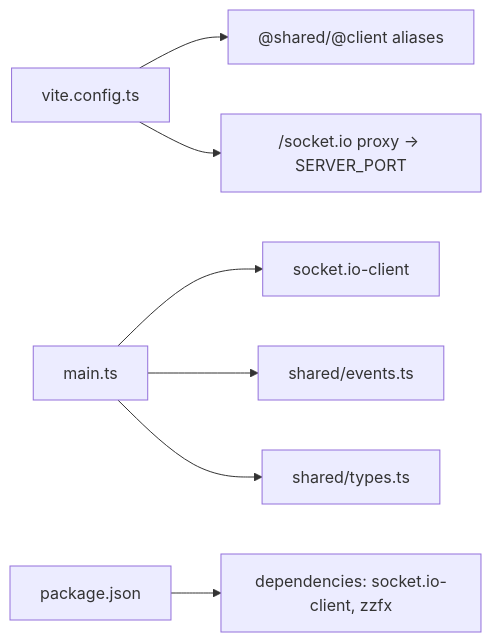
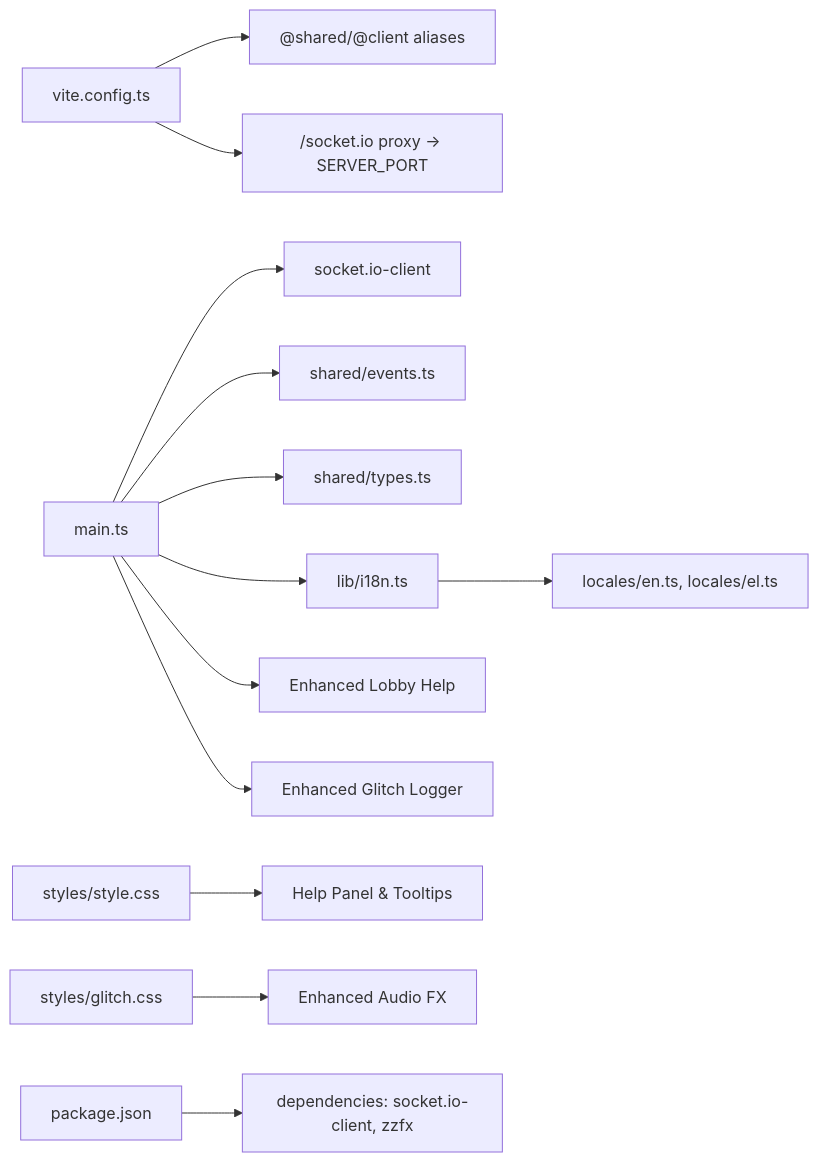
Before and after one commit to dkoukoul/escape-room-mvp: diagram 21 of 21 in .qoder/repowiki/en/content/Client Application/Client Application.md, drawn with Mermaid. The commit also changed other lines of this file and 21 other files, not shown here.

````diff
--- a/.qoder/repowiki/en/content/Client Application/Client Application.md
+++ b/.qoder/repowiki/en/content/Client Application/Client Application.md
@@ -413,9 +863,15 @@
 ```mermaid
 graph LR
 Vite["vite.config.ts"] --> Alias["@shared/@client aliases"]
 Vite --> Proxy["/socket.io proxy -> SERVER_PORT"]
 MainTS["main.ts"] --> SocketIO["socket.io-client"]
 MainTS --> SharedEvents["shared/events.ts"]
 MainTS --> SharedTypes["shared/types.ts"]
+MainTS --> I18nService["lib/i18n.ts"]
+MainTS --> HelpSystem["Enhanced Lobby Help"]
+MainTS --> GlitchLogger["Enhanced Glitch Logger"]
+I18nService --> Locales["locales/en.ts, locales/el.ts"]
+StyleCSS["styles/style.css"] --> HelpStyles["Help Panel & Tooltips"]
+GlitchCSS["styles/glitch.css"] --> AudioFX["Enhanced Audio FX"]
 Package["package.json"] --> Deps["dependencies: socket.io-client, zzfx"]
 ```
````
